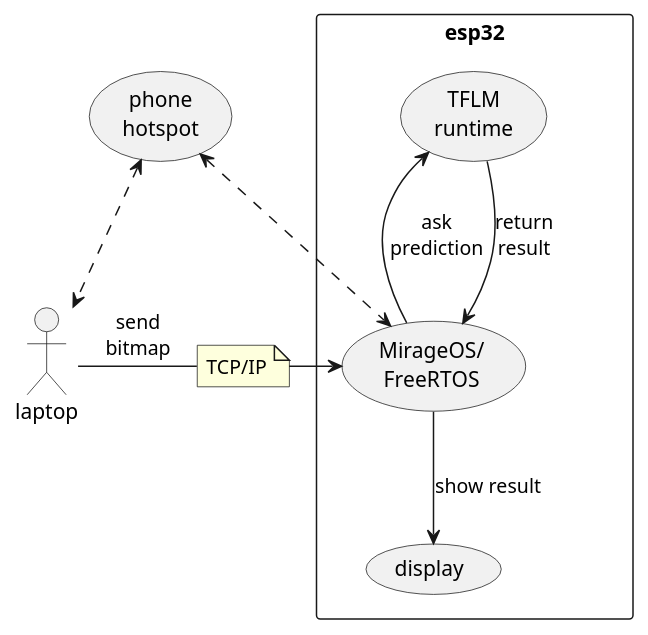
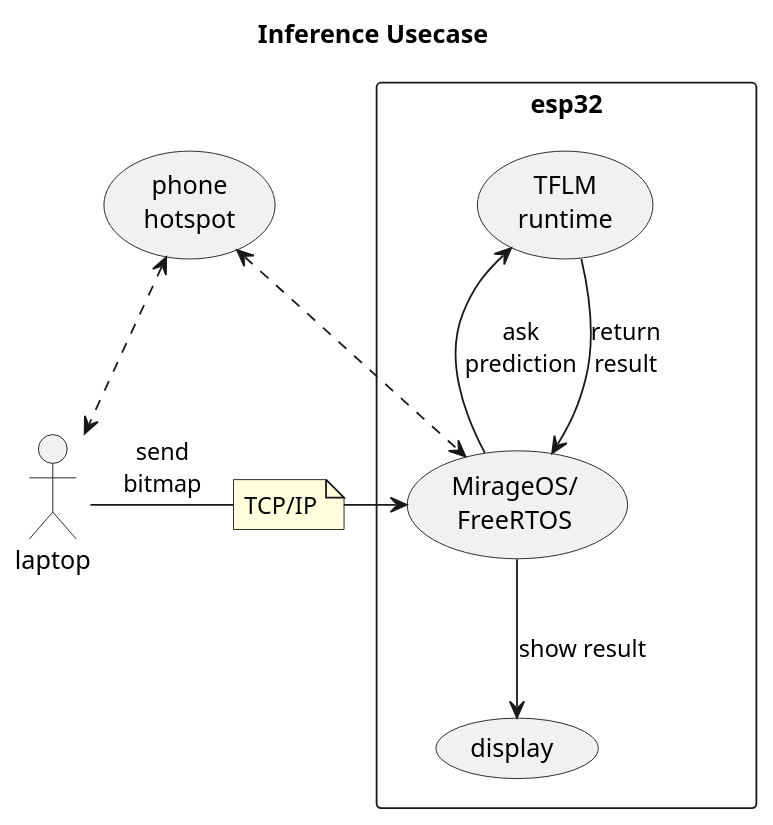
One commit to doyu/elc2019 changed the diagram in demo-uc.puml. Above: the diagram before and after it, drawn with PlantUML. The commit also changed 6 other files, not shown here.

```diff
--- a/demo-uc.puml
+++ b/demo-uc.puml
@@ -1,20 +1,21 @@
 @startuml
+scale 1.2
 skinparam pacakgeStyle rectangle
 actor laptop
-'title Demo
+title Inference Usecase
 
 note "TCP/IP" as tcpip
 
 
 (phone\nhotspot) <..> laptop
 
 rectangle esp32 {
         (phone\nhotspot) <..> (MirageOS/\nFreeRTOS)
         laptop -right- tcpip: "send\nbitmap"
         tcpip -right-> (MirageOS/\nFreeRTOS)
         (MirageOS/\nFreeRTOS) -up-> (TFLM\nruntime): "ask\nprediction"
         (TFLM\nruntime) -down-> (MirageOS/\nFreeRTOS): "return\nresult"
         (MirageOS/\nFreeRTOS) -down-> (display): "show result"
 }
 
 @enduml
```
